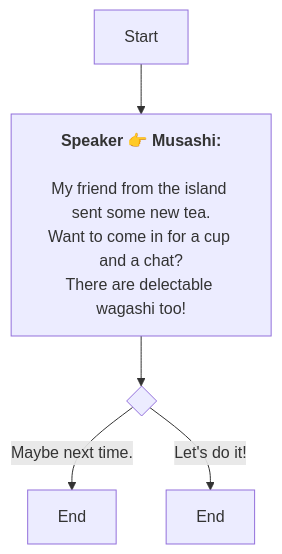
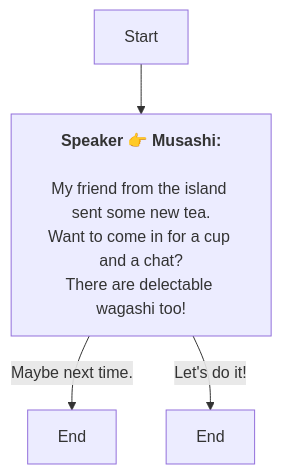
Before and after one commit to SoftHu/tos_avg: the diagram in En/QuestTalkObjectiveNode_1752158487408039.md, drawn with Mermaid. The commit also changed 737 other files, not shown here.

````diff
--- a/En/QuestTalkObjectiveNode_1752158487408039.md
+++ b/En/QuestTalkObjectiveNode_1752158487408039.md
@@ -1,12 +1,10 @@
 ```mermaid
 graph
 Start -->1752158612056490[<b>Speaker 👉 Musashi:</b>
-
-My friend from the island sent some new tea.
+\nMy friend from the island sent some new tea.
 Want to come in for a cup and a chat?
 There are delectable wagashi too!]
-1752158612056490 -->1752158678165931{ }
-1752158678165931 -->|Maybe next time.|1752158699124145[End]
-1752158678165931 -->|Let's do it!|1752158694624688[End]
+1752158612056490 -->|Maybe next time.|1752158699124145[End]
+1752158612056490 -->|Let's do it!|1752158694624688[End]
 
- ```
+```
````
